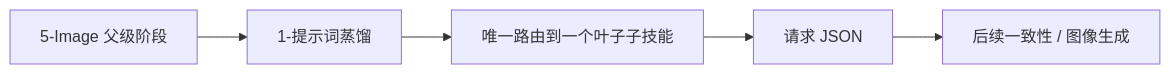
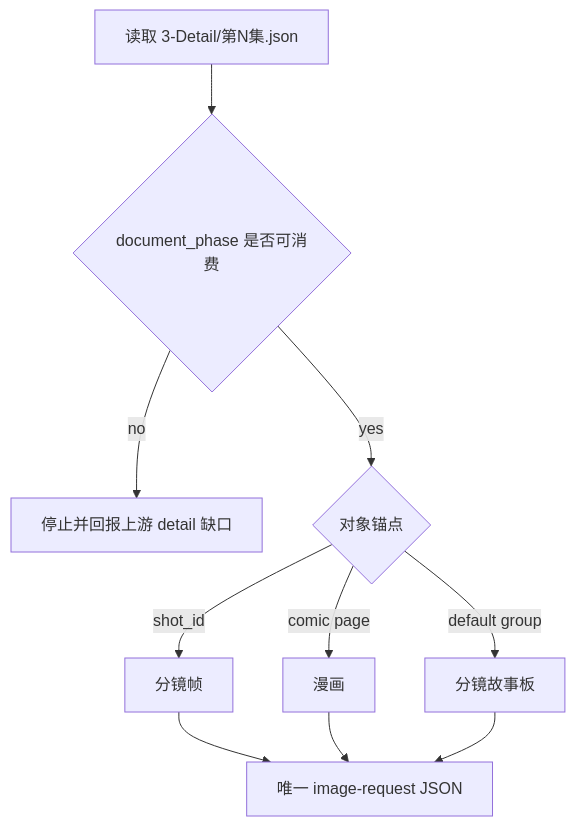
One commit to ZEN-VOID/AI-CUT changed the second of 4 diagrams in .agents/skills/aigc/5-Image/1-提示词蒸馏/SKILL.md. Above: the diagram before and after it, drawn with Mermaid. The commit also changed other lines of this file and 70 other files, not shown here.

````diff
--- a/.agents/skills/aigc/5-Image/1-提示词蒸馏/SKILL.md
+++ b/.agents/skills/aigc/5-Image/1-提示词蒸馏/SKILL.md
@@ -76,7 +187,12 @@
 ```mermaid
-flowchart LR
-    A["5-Image 父级阶段"] --> B["1-提示词蒸馏"]
-    B --> C["唯一路由到一个叶子子技能"]
-    C --> D["请求 JSON"]
-    D --> E["后续一致性 / 图像生成"]
+flowchart TD
+    A["读取 3-Detail/第N集.json"] --> B{"document_phase 是否可消费"}
+    B -->|"no"| C["停止并回报上游 detail 缺口"]
+    B -->|"yes"| D{"对象锚点"}
+    D -->|"shot_id"| E["分镜帧"]
+    D -->|"comic page"| F["漫画"]
+    D -->|"default group"| G["分镜故事板"]
+    E --> H["唯一 image-request JSON"]
+    F --> H
+    G --> H
 ```
````
